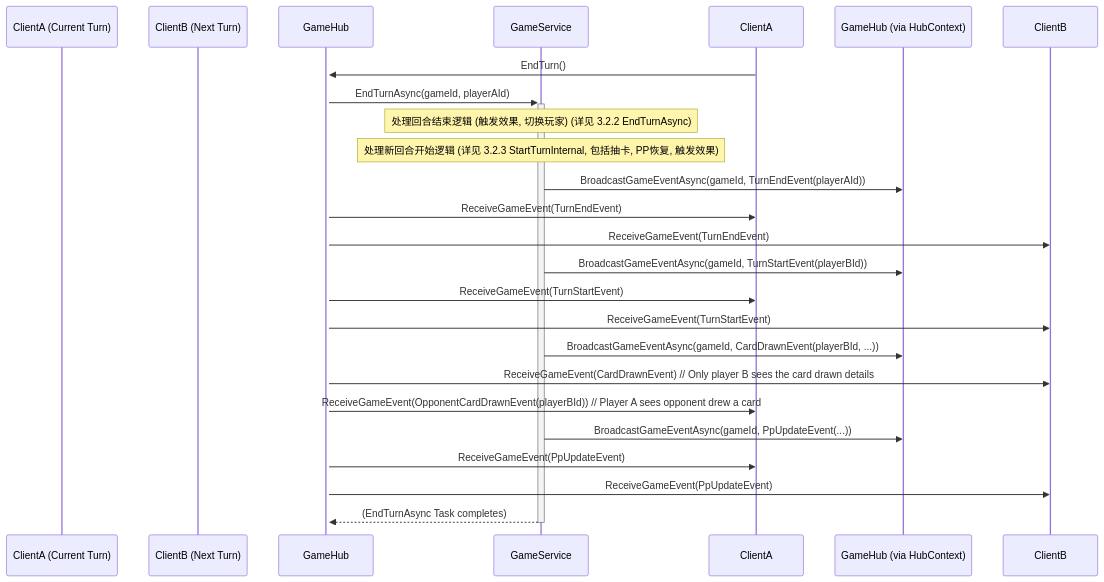
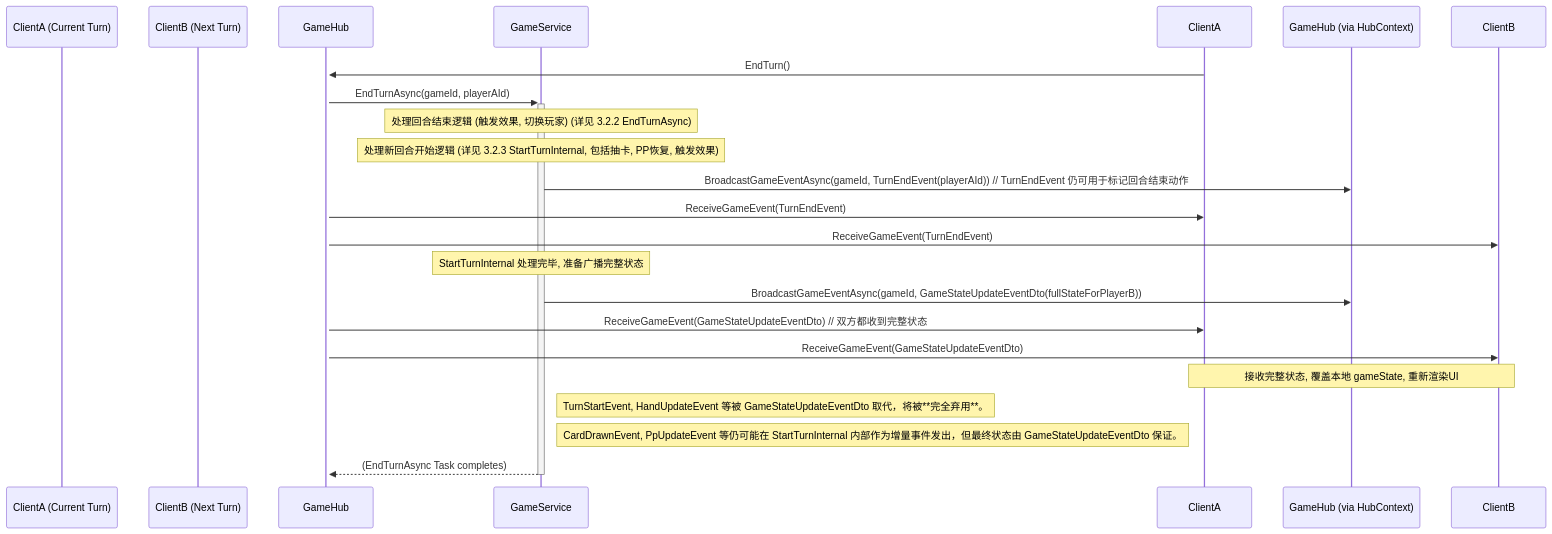
Before and after one commit to M3an1ng/Shadowverse-Cloud-Beyond: the third of 3 diagrams in 文档/技术文档/M5_SignalR通信设计_V1.0.md, drawn with Mermaid. The commit also changed other lines of this file and 110 other files, not shown here.

````diff
--- a/文档/技术文档/M5_SignalR通信设计_V1.0.md
+++ b/文档/技术文档/M5_SignalR通信设计_V1.0.md
@@ -841,31 +922,27 @@
 ```mermaid
 sequenceDiagram
     participant ClientA (Current Turn)
     participant ClientB (Next Turn)
     participant GameHub
     participant GameService
 
     ClientA->>+GameHub: EndTurn()
     GameHub->>+GameService: EndTurnAsync(gameId, playerAId)
     Note over GameService: 处理回合结束逻辑 (触发效果, 切换玩家) (详见 3.2.2 EndTurnAsync)
     Note over GameService: 处理新回合开始逻辑 (详见 3.2.3 StartTurnInternal, 包括抽卡, PP恢复, 触发效果)
 
-    GameService->>GameHub (via HubContext): BroadcastGameEventAsync(gameId, TurnEndEvent(playerAId))
+    GameService->>GameHub (via HubContext): BroadcastGameEventAsync(gameId, TurnEndEvent(playerAId)) // TurnEndEvent 仍可用于标记回合结束动作
     GameHub->>ClientA: ReceiveGameEvent(TurnEndEvent)
     GameHub->>ClientB: ReceiveGameEvent(TurnEndEvent)
 
-    GameService->>GameHub (via HubContext): BroadcastGameEventAsync(gameId, TurnStartEvent(playerBId))
-    GameHub->>ClientA: ReceiveGameEvent(TurnStartEvent)
-    GameHub->>ClientB: ReceiveGameEvent(TurnStartEvent)
-
-    GameService->>GameHub (via HubContext): BroadcastGameEventAsync(gameId, CardDrawnEvent(playerBId, ...))
-    GameHub->>ClientB: ReceiveGameEvent(CardDrawnEvent) // Only player B sees the card drawn details
-    GameHub->>ClientA: ReceiveGameEvent(OpponentCardDrawnEvent(playerBId)) // Player A sees opponent drew a card
-
-    GameService->>GameHub (via HubContext): BroadcastGameEventAsync(gameId, PpUpdateEvent(...))
-    GameHub->>ClientA: ReceiveGameEvent(PpUpdateEvent)
-    GameHub->>ClientB: ReceiveGameEvent(PpUpdateEvent)
+    Note over GameService: StartTurnInternal 处理完毕, 准备广播完整状态
+    GameService->>GameHub (via HubContext): BroadcastGameEventAsync(gameId, GameStateUpdateEventDto(fullStateForPlayerB))
+    GameHub->>ClientA: ReceiveGameEvent(GameStateUpdateEventDto) // 双方都收到完整状态
+    GameHub->>ClientB: ReceiveGameEvent(GameStateUpdateEventDto)
+    Note over ClientA, ClientB: 接收完整状态, 覆盖本地 gameState, 重新渲染UI
+    Note right of GameService: TurnStartEvent, HandUpdateEvent 等被 GameStateUpdateEventDto 取代，将被**完全弃用**。
+    Note right of GameService: CardDrawnEvent, PpUpdateEvent 等仍可能在 StartTurnInternal 内部作为增量事件发出，但最终状态由 GameStateUpdateEventDto 保证。
 
     GameService-->>-GameHub: (EndTurnAsync Task completes)
 
 ```
````
